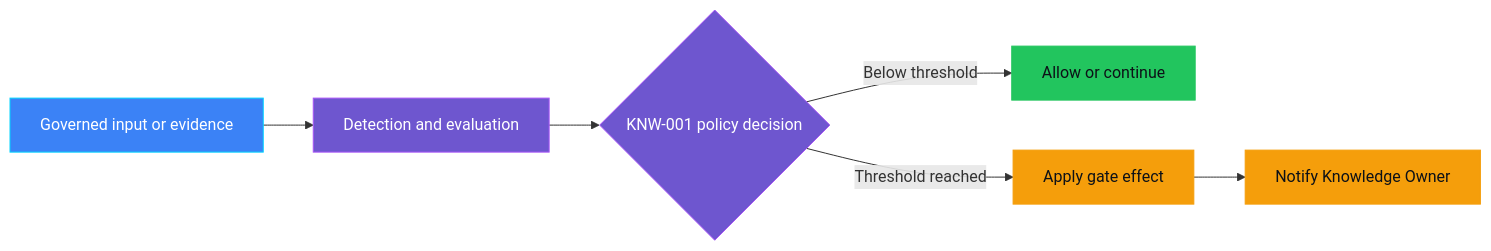
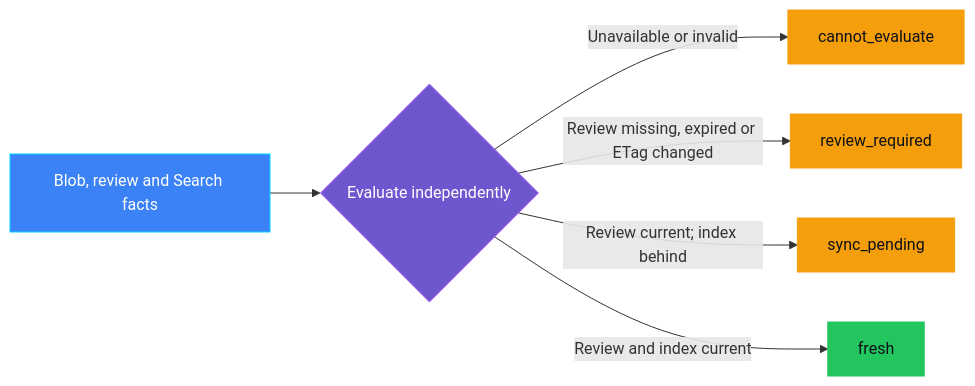
The diagram in controls/data_and_knowledge/KNW-001_knowledge_freshness_breach/README.md (doruit/forged-with-foundry), drawn with Mermaid before and after one commit. The commit also changed other lines of this file and 15 other files, not shown here.

First line of the commit message:
Add KNW-001 knowledge freshness breach monitoring implementation

````diff
--- a/controls/data_and_knowledge/KNW-001_knowledge_freshness_breach/README.md
+++ b/controls/data_and_knowledge/KNW-001_knowledge_freshness_breach/README.md
@@ -56,17 +74,17 @@
 ```mermaid
 flowchart LR
-    I[Governed input or evidence] --> D[Detection and evaluation]
-    D --> P{KNW-001 policy decision}
-    P -->|Below threshold| A[Allow or continue]
-    P -->|Threshold reached| E[Apply gate effect]
-    E --> O[Notify Knowledge Owner]
+    I[Blob, review and Search facts] --> D{Evaluate independently}
+    D -->|Unavailable or invalid| U[cannot_evaluate]
+    D -->|Review missing, expired or ETag changed| R[review_required]
+    D -->|Review current; index behind| S[sync_pending]
+    D -->|Review and index current| H[fresh]
 
     classDef governance fill:#6E56CF,stroke:#A855F7,color:#FFFFFF
     classDef platform fill:#3B82F6,stroke:#00D4FF,color:#FFFFFF
     classDef success fill:#22C55E,stroke:#22C55E,color:#0D1117
     classDef attention fill:#F59E0B,stroke:#F59E0B,color:#0D1117
-    class D,P governance
+    class D governance
     class I platform
-    class A success
-    class E,O attention
+    class H success
+    class U,R,S attention
 ```
````
